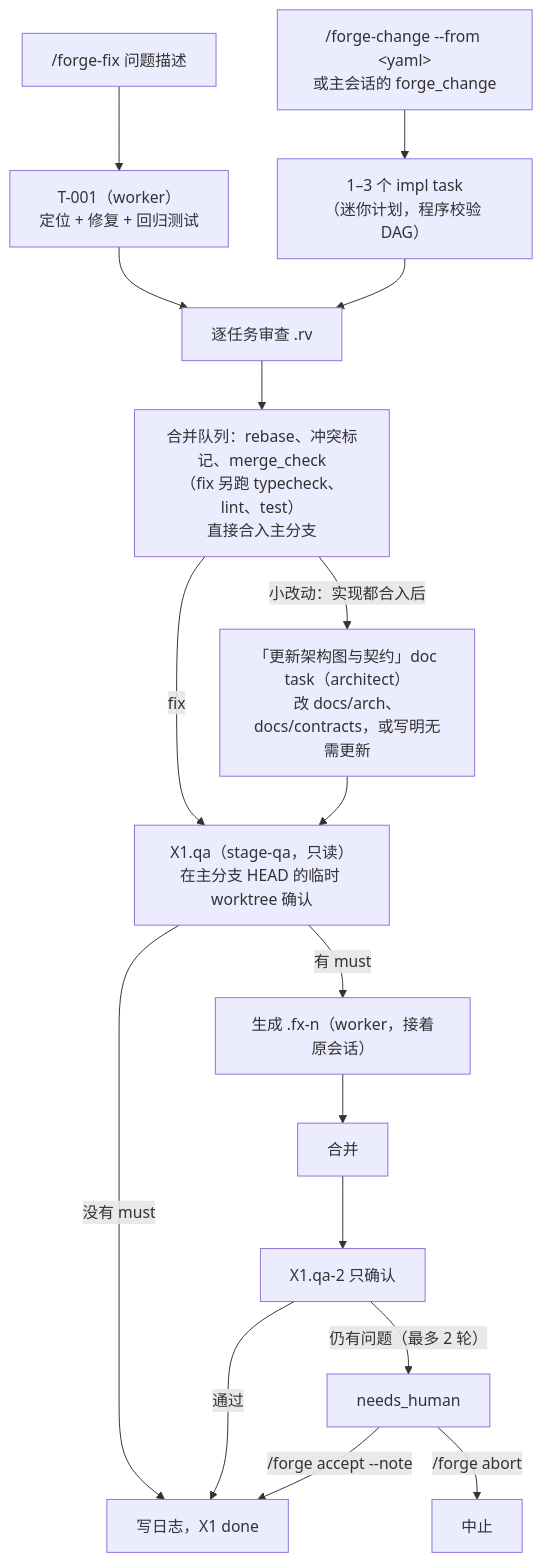
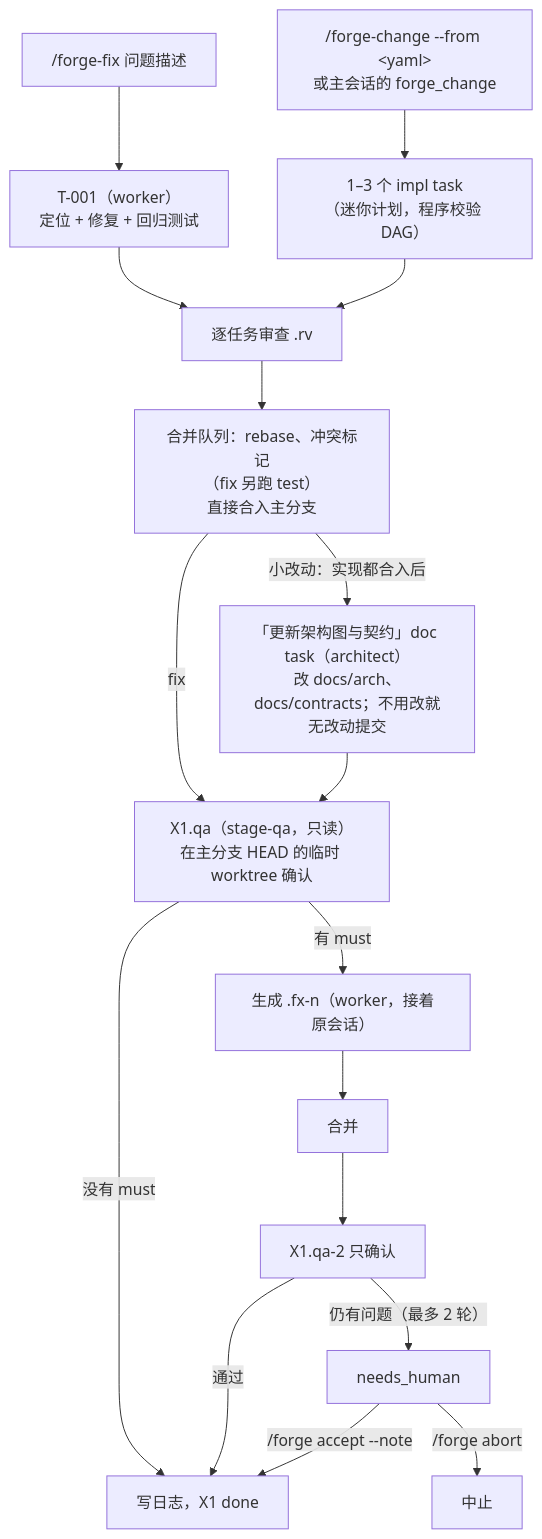
The seventh of 7 diagrams in docs/flow.md (M2tHane/pi-forge), drawn with Mermaid before and after one commit. The commit also changed other lines of this file and 254 other files, not shown here.

First line of the commit message:
阶段验收不再被建议提交作废、must 出处不校验、S0 签收后并入 main；契约只写边界、计划去掉 review 与 test_interface、risk 收窄；stage-qa 放宽拦截；commands.yaml；清点约束、去掉 pi-flow 与 legacy

````diff
--- a/docs/flow.md
+++ b/docs/flow.md
@@ -175,18 +172,18 @@
 ```mermaid
 flowchart TD
     S1["/forge-fix 问题描述"] --> T1["T-001（worker）<br/>定位 + 修复 + 回归测试"]
     S2["/forge-change --from &lt;yaml&gt;<br/>或主会话的 forge_change"] --> T2["1–3 个 impl task<br/>（迷你计划，程序校验 DAG）"]
     T1 --> RV["逐任务审查 .rv"]
     T2 --> RV
-    RV --> M["合并队列：rebase、冲突标记、merge_check<br/>（fix 另跑 typecheck、lint、test）<br/>直接合入主分支"]
-    M -->|"小改动：实现都合入后"| D["「更新架构图与契约」doc task（architect）<br/>改 docs/arch、docs/contracts，或写明无需更新"]
+    RV --> M["合并队列：rebase、冲突标记<br/>（fix 另跑 test）<br/>直接合入主分支"]
+    M -->|"小改动：实现都合入后"| D["「更新架构图与契约」doc task（architect）<br/>改 docs/arch、docs/contracts；不用改就无改动提交"]
     M -->|"fix"| Q1
     D --> Q1["X1.qa（stage-qa，只读）<br/>在主分支 HEAD 的临时 worktree 确认"]
     Q1 -->|"没有 must"| LOG["写日志，X1 done"]
     Q1 -->|"有 must"| FX["生成 .fx-n（worker，接着原会话）"]
     FX --> M2["合并"] --> Q2["X1.qa-2 只确认"]
     Q2 -->|"通过"| LOG
     Q2 -->|"仍有问题（最多 2 轮）"| NH["needs_human"]
     NH -->|"/forge accept --note"| LOG
     NH -->|"/forge abort"| X["中止"]
 ```
````
